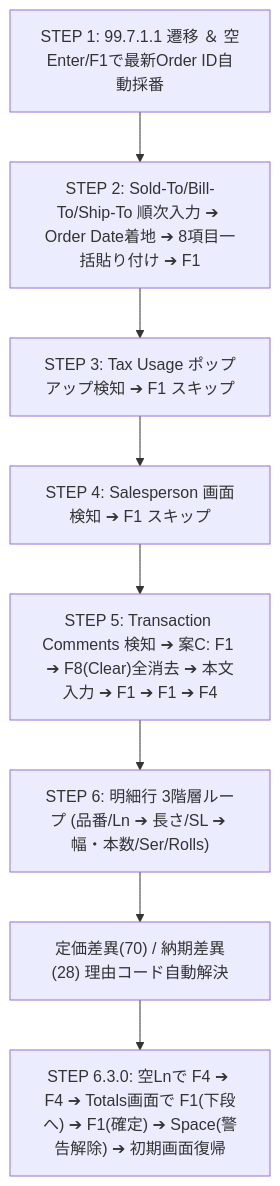
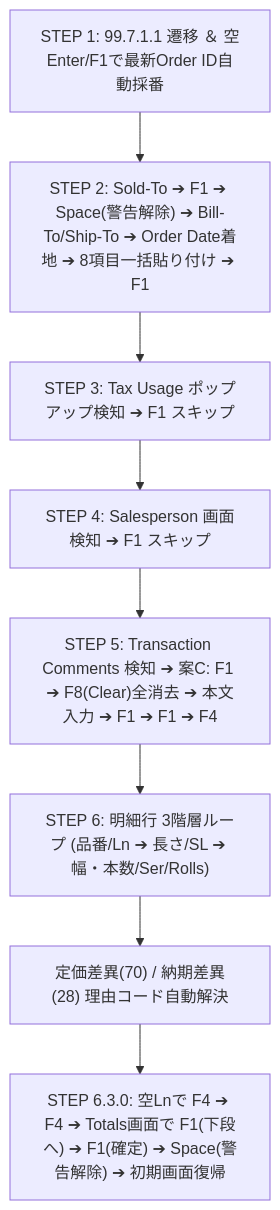
The diagram in AI引継ぎ用_QAD自動化設計書.md (snofinbiqnubiquitous-ship-it/mfgpro_controller), drawn with Mermaid before and after one commit. The commit also changed other lines of this file and 4 other files, not shown here.

First line of the commit message:
fix(order_entry): Sold-To確定のF1送信と警告解除(Space)によるBill-To欄アクティブ化シーケンスの実装

````diff
--- a/AI引継ぎ用_QAD自動化設計書.md
+++ b/AI引継ぎ用_QAD自動化設計書.md
@@ -118,10 +118,10 @@
 ```mermaid
 flowchart TD
-    S1["STEP 1: 99.7.1.1 遷移 ＆ 空Enter/F1で最新Order ID自動採番"] --> S2["STEP 2: Sold-To/Bill-To/Ship-To 順次入力 ➔ Order Date着地 ➔ 8項目一括貼り付け ➔ F1"]
+    S1["STEP 1: 99.7.1.1 遷移 ＆ 空Enter/F1で最新Order ID自動採番"] --> S2["STEP 2: Sold-To ➔ F1 ➔ Space(警告解除) ➔ Bill-To/Ship-To ➔ Order Date着地 ➔ 8項目一括貼り付け ➔ F1"]
     S2 --> S3["STEP 3: Tax Usage ポップアップ検知 ➔ F1 スキップ"]
     S3 --> S4["STEP 4: Salesperson 画面検知 ➔ F1 スキップ"]
     S4 --> S5["STEP 5: Transaction Comments 検知 ➔ 案C: F1 ➔ F8(Clear)全消去 ➔ 本文入力 ➔ F1 ➔ F1 ➔ F4"]
     S5 --> S6["STEP 6: 明細行 3階層ループ (品番/Ln ➔ 長さ/SL ➔ 幅・本数/Ser/Rolls)"]
     S6 --> S6_Rsn["定価差異(70) / 納期差異(28) 理由コード自動解決"]
     S6_Rsn --> S630["STEP 6.3.0: 空Lnで F4 ➔ F4 ➔ Totals画面で F1(下段へ) ➔ F1(確定) ➔ Space(警告解除) ➔ 初期画面復帰"]
 ```
````
